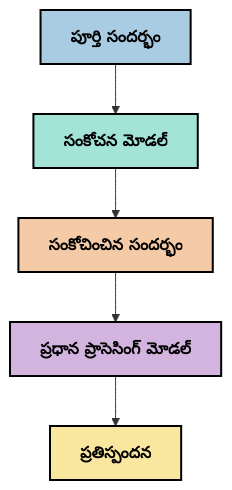
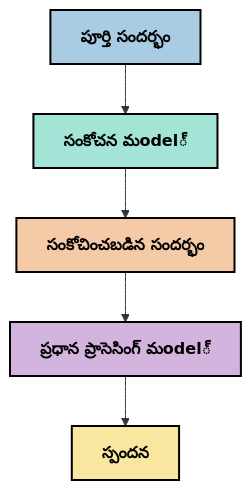
Before and after one commit to HIDORAKAI002/ai-workspace-archive: the fifth of 6 diagrams in mcp_ecosystem__model_context_protocol/mcp_learning_resources/mcp-for-beginners/translations/te/05-AdvancedTopics/mcp-contextengineering/README.md, drawn with Mermaid. The commit also changed other lines of this file and 1046 other files, not shown here.

````diff
--- a/mcp_ecosystem__model_context_protocol/mcp_learning_resources/mcp-for-beginners/translations/te/05-AdvancedTopics/mcp-contextengineering/README.md
+++ b/mcp_ecosystem__model_context_protocol/mcp_learning_resources/mcp-for-beginners/translations/te/05-AdvancedTopics/mcp-contextengineering/README.md
@@ -233,13 +239,13 @@
 ```mermaid
 graph TD
-    A[పూర్తి సందర్భం] --> B[సంకోచన మోడల్]
-    B --> C[సంకోచించిన సందర్భం]
-    C --> D[ప్రధాన ప్రాసెసింగ్ మోడల్]
-    D --> E[ప్రతిస్పందన]
+    A[పూర్తి సందర్భం] --> B[సంకోచన మodel్]
+    B --> C[సంకోచించబడిన సందర్భం]
+    C --> D[ప్రధాన ప్రాసెసింగ్ మodel్]
+    D --> E[స్పందన]
     
     style A fill:#A9CCE3,stroke:#000000,stroke-width:2px,color:#000000,font-weight:bold
     style B fill:#A3E4D7,stroke:#000000,stroke-width:2px,color:#000000,font-weight:bold
     style C fill:#F5CBA7,stroke:#000000,stroke-width:2px,color:#000000,font-weight:bold
     style D fill:#D2B4DE,stroke:#000000,stroke-width:2px,color:#000000,font-weight:bold
     style E fill:#F9E79F,stroke:#000000,stroke-width:2px,color:#000000,font-weight:bold
 ```
````
